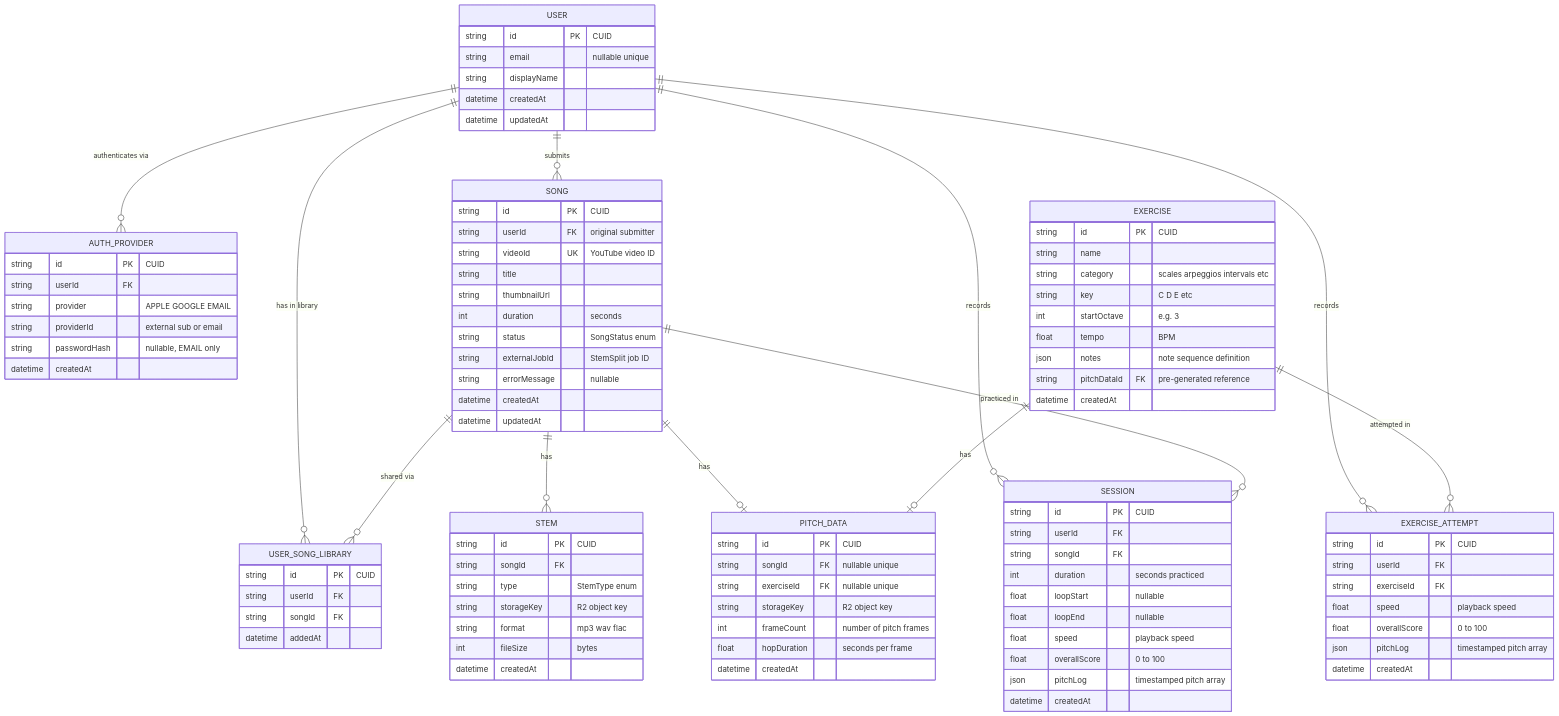
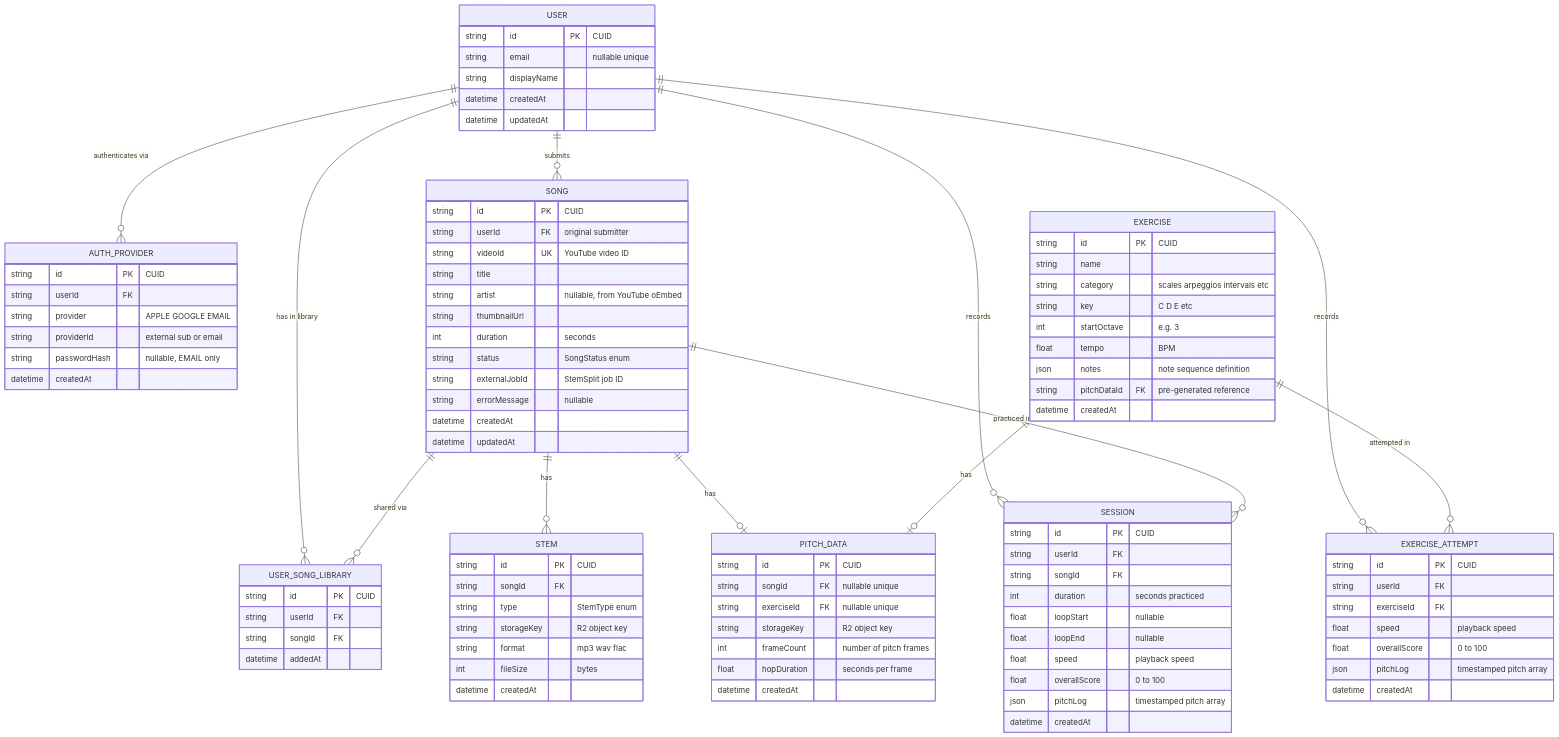
Before and after one commit to pawelgawliczek/intonavio: the diagram in docs/04-data-models.md, drawn with Mermaid. The commit also changed other lines of this file and 11 other files, not shown here.

First line of the commit message:
Add FULL stem type to replace YouTube audio with StemSplit full mix

```diff
--- a/docs/04-data-models.md
+++ b/docs/04-data-models.md
@@ -67,6 +67,7 @@
         string userId FK "original submitter"
         string videoId UK "YouTube video ID"
         string title
+        string artist "nullable, from YouTube oEmbed"
         string thumbnailUrl
         int duration "seconds"
         string status "SongStatus enum"
```
